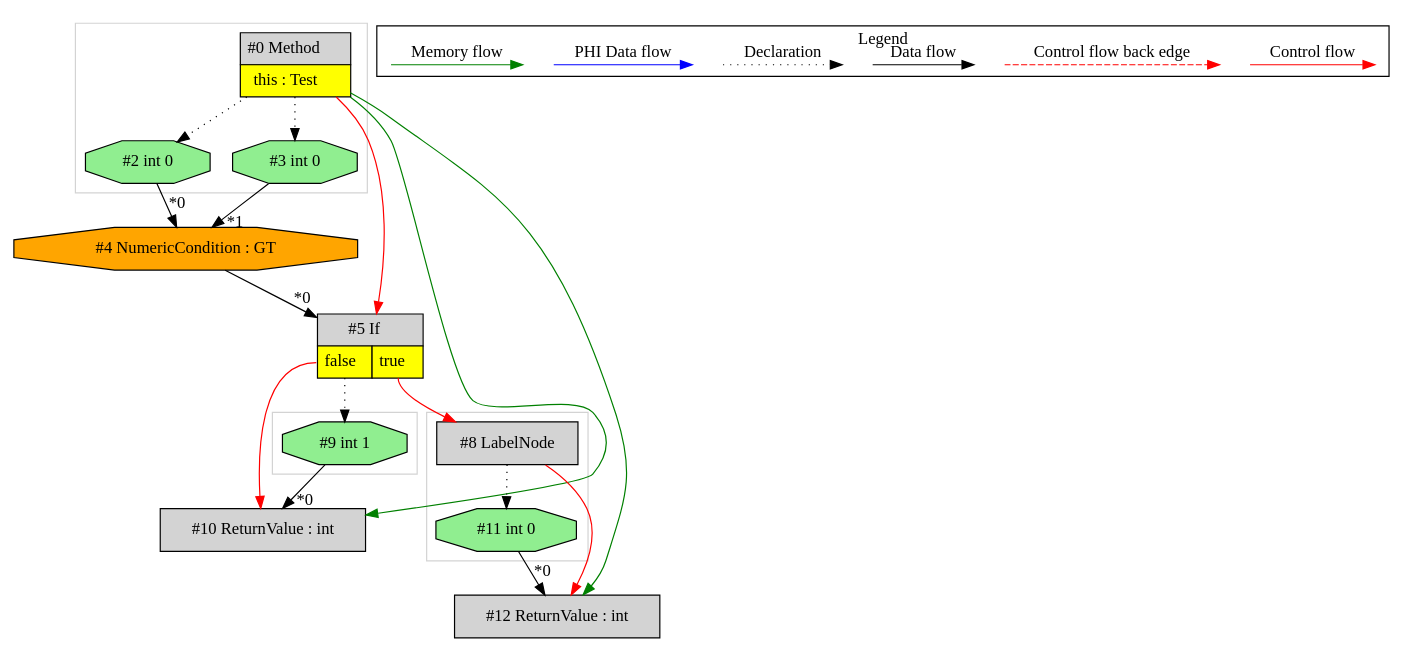
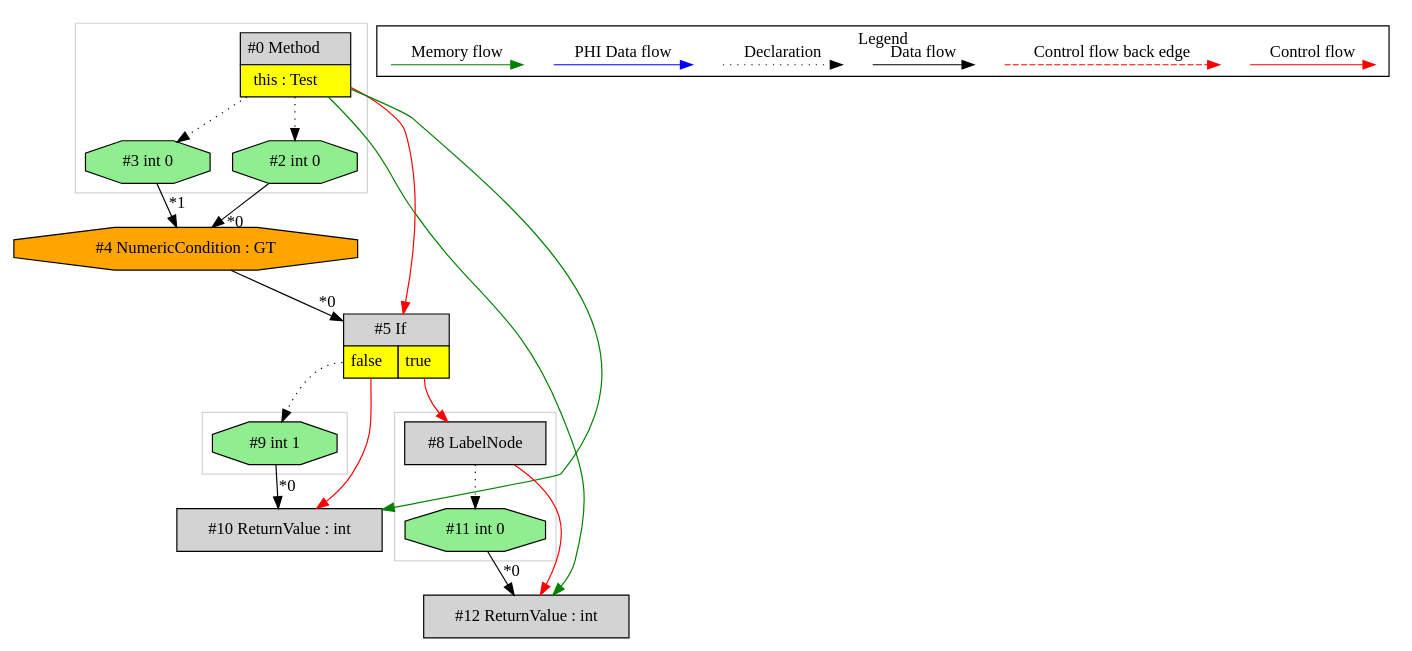
One commit to mirkosertic/MetaIR changed the diagram in de.mirkosertic.metair.ir.OpcodeIFGTTest/test_IFGT/ir.dot. Above: the diagram before and after it, drawn with Graphviz. The commit also changed other lines of this file and 1234 other files, not shown here.

```diff
--- a/de.mirkosertic.metair.ir.OpcodeIFGTTest/test_IFGT/ir.dot
+++ b/de.mirkosertic.metair.ir.OpcodeIFGTTest/test_IFGT/ir.dot
@@ -1,69 +1,69 @@
 digraph {
  ordering="in";
  node0[margin="0", label=<<table border="0" cellborder="1" cellspacing="0" cellpadding="5"><tr><td colspan="1">#0 Method</td></tr><tr><td port="prj1" bgcolor="yellow">this : Test</td></tr></table>>,shape=none, fillcolor=lightgrey, style=filled];
- node3[label="#3 int 0",shape=octagon, fillcolor=lightgreen, style=filled];
- node0 -> node3[style=dotted];
+ node12[label="#12 ReturnValue : int",shape=box, fillcolor=lightgrey, style=filled];
+ node11 -> node12[headlabel="*0", labeldistance=2];
+ node8 -> node12[labeldistance=2, color=red, fontcolor=red];
+ node0 -> node12[labeldistance=2, color=green, constraint=false];
+ node8[label="#8 LabelNode",shape=box, fillcolor=lightgrey, style=filled];
+ node5:prj6 -> node8[labeldistance=2, color=red, fontcolor=red];
+ node5[margin="0", label=<<table border="0" cellborder="1" cellspacing="0" cellpadding="5"><tr><td colspan="2">#5 If</td></tr><tr><td port="prj7" bgcolor="yellow">false</td><td port="prj6" bgcolor="yellow">true</td></tr></table>>,shape=none, fillcolor=lightgrey, style=filled];
+ node4 -> node5[headlabel="*0", labeldistance=2];
+ node0 -> node5[labeldistance=2, color=red, fontcolor=red];
  node4[label="#4 NumericCondition : GT",shape=octagon, fillcolor=orange, style=filled];
  node2 -> node4[headlabel="*0", labeldistance=2];
  node3 -> node4[headlabel="*1", labeldistance=2];
+ node3[label="#3 int 0",shape=octagon, fillcolor=lightgreen, style=filled];
+ node0 -> node3[style=dotted];
  node2[label="#2 int 0",shape=octagon, fillcolor=lightgreen, style=filled];
  node0 -> node2[style=dotted];
- node5[margin="0", label=<<table border="0" cellborder="1" cellspacing="0" cellpadding="5"><tr><td colspan="2">#5 If</td></tr><tr><td port="prj7" bgcolor="yellow">false</td><td port="prj6" bgcolor="yellow">true</td></tr></table>>,shape=none, fillcolor=lightgrey, style=filled];
- node4 -> node5[headlabel="*0", labeldistance=2];
- node0 -> node5[labeldistance=2, color=red, fontcolor=red];
  node9[label="#9 int 1",shape=octagon, fillcolor=lightgreen, style=filled];
  node5:prj7 -> node9[style=dotted];
  node10[label="#10 ReturnValue : int",shape=box, fillcolor=lightgrey, style=filled];
  node9 -> node10[headlabel="*0", labeldistance=2];
  node5:prj7 -> node10[labeldistance=2, color=red, fontcolor=red];
  node0 -> node10[labeldistance=2, color=green, constraint=false];
- node8[label="#8 LabelNode",shape=box, fillcolor=lightgrey, style=filled];
- node5:prj6 -> node8[labeldistance=2, color=red, fontcolor=red];
  node11[label="#11 int 0",shape=octagon, fillcolor=lightgreen, style=filled];
  node8 -> node11[style=dotted];
- node12[label="#12 ReturnValue : int",shape=box, fillcolor=lightgrey, style=filled];
- node11 -> node12[headlabel="*0", labeldistance=2];
- node8 -> node12[labeldistance=2, color=red, fontcolor=red];
- node0 -> node12[labeldistance=2, color=green, constraint=false];
  subgraph cluster_0 {
+  color=lightgray;
+  node9;
+ }
+ subgraph cluster_1 {
+  color=lightgray;
+  node8;
+  node11;
+ }
+ subgraph cluster_2 {
   color=lightgray;
   node0;
   node2;
   node3;
- }
- subgraph cluster_1 {
-  color=lightgray;
-  node9;
- }
- subgraph cluster_2 {
-  color=lightgray;
-  node8;
-  node11;
  }
  subgraph cluster_000 {
   label = "Legend";
   node [shape=point]
   {
    rank=same;
    c0 [style = invis];
    c1 [style = invis];
    c2 [style = invis];
    c3 [style = invis];
    d0 [style = invis];
    d1 [style = invis];
    d2 [style = invis];
    d3 [style = invis];
    d4 [style = invis];
    d5 [style = invis];
    d6 [style = invis];
    d7 [style = invis];
   }
   c0 -> c1 [label="Control flow", style=solid, color=red]
   c2 -> c3 [label="Control flow back edge", style=dashed, color=red]
   d0 -> d1 [label="Data flow"]
   d2 -> d3 [label="Declaration", style=dotted]
   d4 -> d5 [label="PHI Data flow", color=blue]
   d6 -> d7 [label="Memory flow", color=green]
  }
 
 }
```
